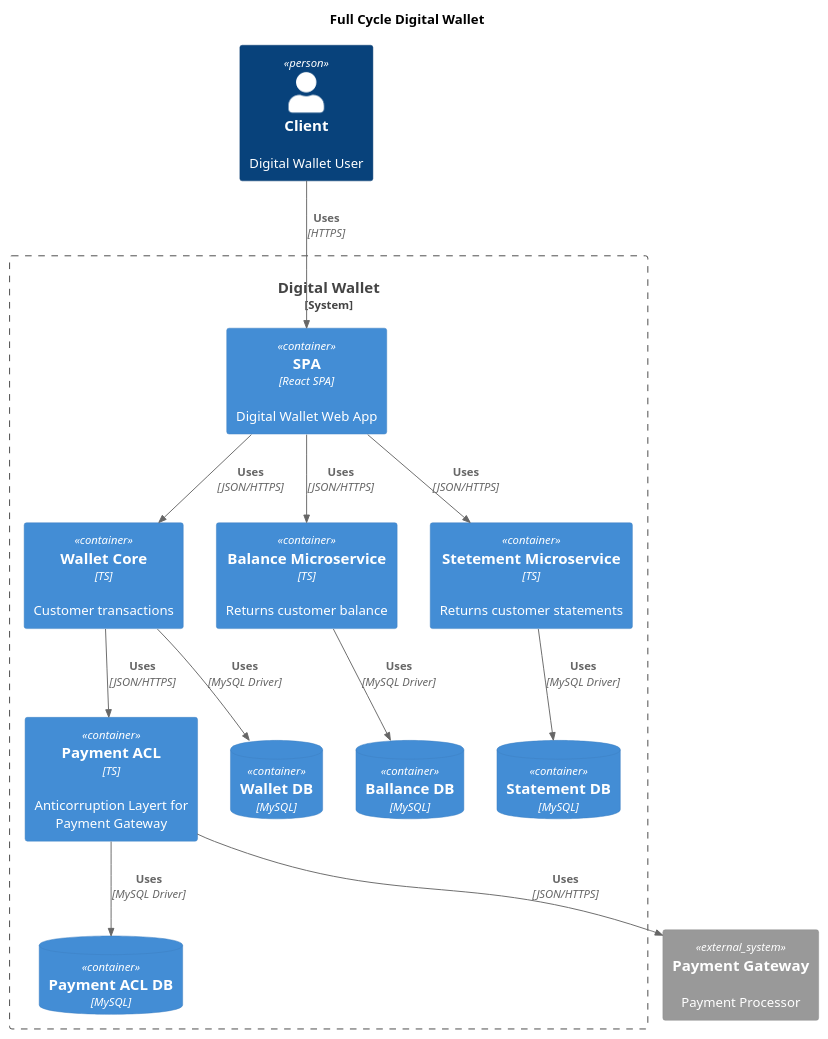
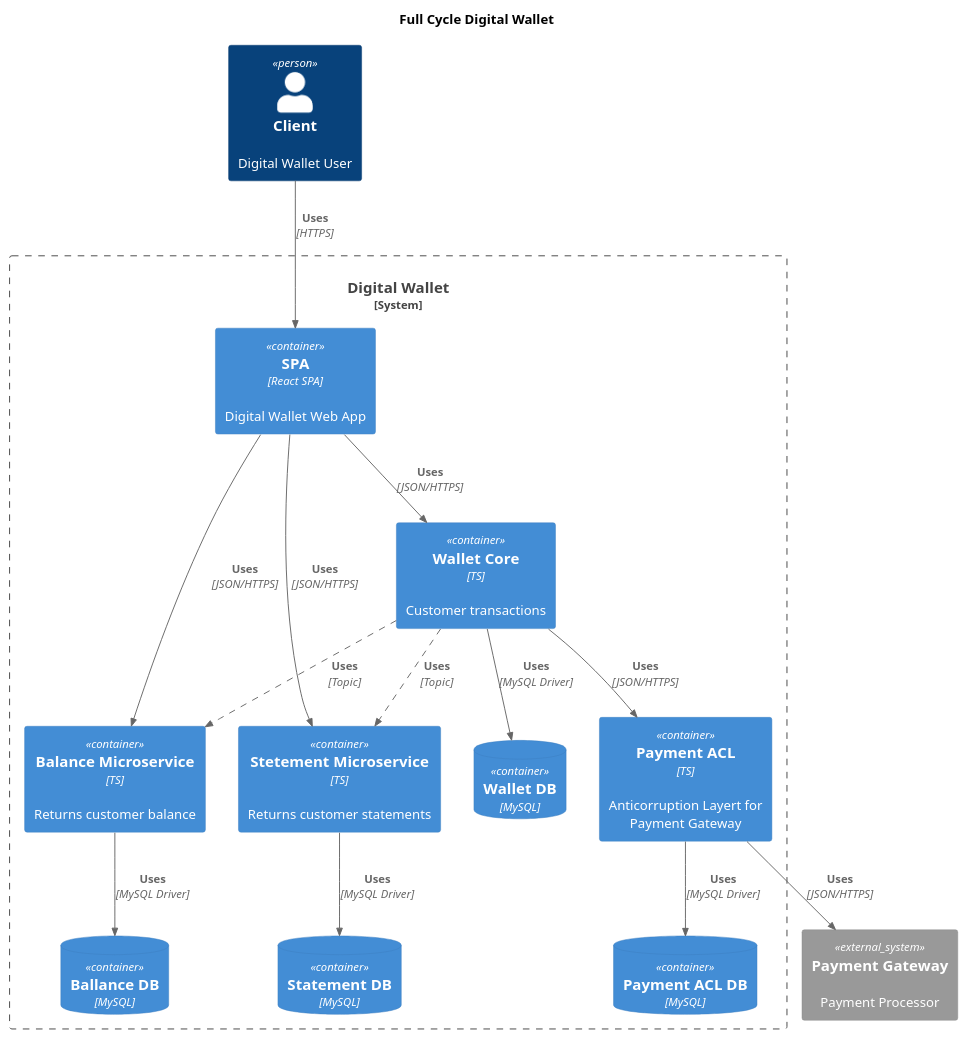
One commit to emiliosheinz/full-cycle-microservices-based-architecture changed the diagram in containers.puml. Above: the diagram before and after it, drawn with PlantUML.

Commit message:
feat: add async calls

```diff
--- a/containers.puml
+++ b/containers.puml
@@ -1,37 +1,41 @@
 @startuml
 !include https://raw.githubusercontent.com/plantuml-stdlib/C4-PlantUML/master/C4_Container.puml
+AddRelTag("async", $lineStyle = DashedLine())
 
 title "Full Cycle Digital Wallet"
 
 Person(client, "Client", "Digital Wallet User")
 System_Ext(payment_gateway, "Payment Gateway", "Payment Processor")
 
 System_Boundary(digital_wallet, "Digital Wallet") {
   Container(spa, "SPA", "React SPA", "Digital Wallet Web App")
   Container(wallet_core, "Wallet Core ", "TS", "Customer transactions")
   Container(ballance_service, "Balance Microservice", "TS", "Returns customer balance")
   Container(statement_service, "Stetement Microservice", "TS", "Returns customer statements")
   Container(payment_acl, "Payment ACL", "TS", "Anticorruption Layert for Payment Gateway")
 
   ContainerDb(wallet_core_db, "Wallet DB", "MySQL")
   Rel(wallet_core, wallet_core_db, "Uses", "MySQL Driver")
 
   ContainerDb(balance_db, "Ballance DB", "MySQL")
   Rel(ballance_service, balance_db, "Uses", "MySQL Driver")
 
   ContainerDb(statement_db, "Statement DB", "MySQL")
   Rel(statement_service, statement_db, "Uses", "MySQL Driver")
 
   ContainerDb(payment_acl_db, "Payment ACL DB", "MySQL")
   Rel(payment_acl, payment_acl_db, "Uses", "MySQL Driver")
 
   Rel(client, spa, "Uses", "HTTPS")
   Rel(spa, wallet_core, "Uses", "JSON/HTTPS")
   Rel(spa, ballance_service, "Uses", "JSON/HTTPS")
   Rel(spa, statement_service, "Uses", "JSON/HTTPS")
 
   Rel(wallet_core, payment_acl, "Uses", "JSON/HTTPS")
   Rel(payment_acl, payment_gateway, "Uses", "JSON/HTTPS")
+
+  Rel(wallet_core, ballance_service, "Uses", "Topic", $tags = "async")
+  Rel(wallet_core, statement_service, "Uses", "Topic", $tags = "async")
 }
 
 @enduml
```
